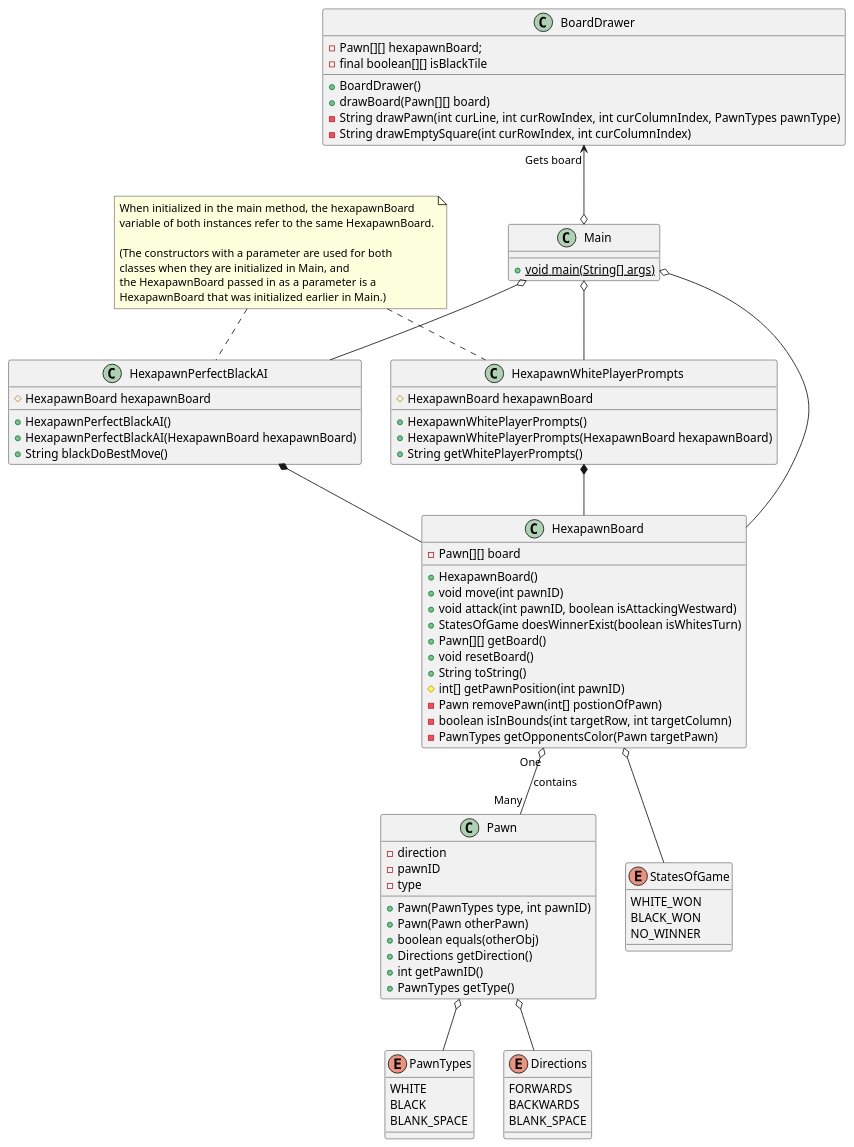
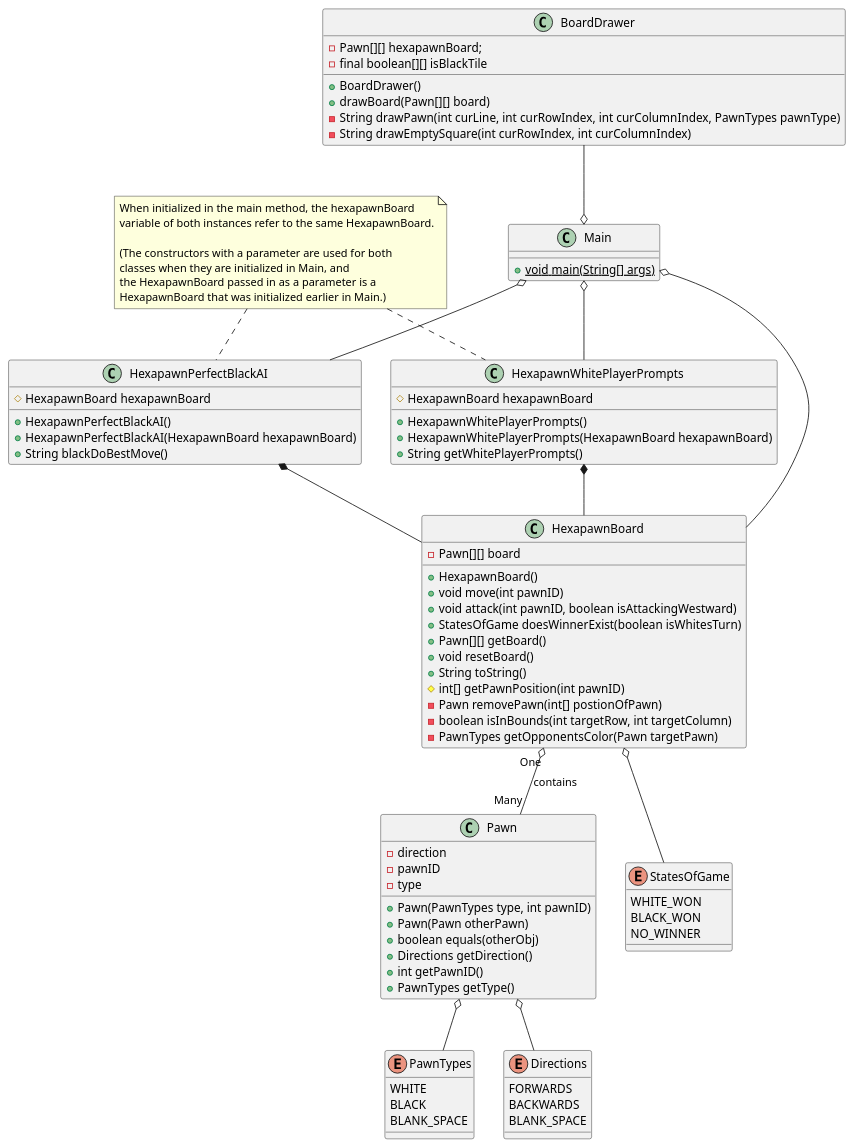
Before and after one commit to builderJP/hexapawn: the diagram in src/HexapawnClassDiagram.puml, drawn with PlantUML. The commit also changed 2 other files, not shown here.

```diff
--- a/src/HexapawnClassDiagram.puml
+++ b/src/HexapawnClassDiagram.puml
@@ -1,101 +1,101 @@
 @startuml
 'https://plantuml.com/class-diagram
 
 
 class Pawn{
     - direction
     - {field} pawnID
     - type
     + Pawn(PawnTypes type, int pawnID)
     + Pawn(Pawn otherPawn)
     + boolean equals(otherObj)
     + Directions getDirection()
     + int getPawnID()
     + PawnTypes getType()
 }
 
 class HexapawnBoard{
     - Pawn[][] board
     + HexapawnBoard()
     + void move(int pawnID)
     + void attack(int pawnID, boolean isAttackingWestward)
     + StatesOfGame doesWinnerExist(boolean isWhitesTurn)
     + Pawn[][] getBoard()
     + void resetBoard()
     + String toString()
     # int[] getPawnPosition(int pawnID)
     - Pawn removePawn(int[] postionOfPawn)
     - boolean isInBounds(int targetRow, int targetColumn)
     - PawnTypes getOpponentsColor(Pawn targetPawn)
 }
 
 class BoardDrawer{
     - Pawn[][] hexapawnBoard;
     - final boolean[][] isBlackTile
     + BoardDrawer()
     + drawBoard(Pawn[][] board)
     - String drawPawn(int curLine, int curRowIndex, int curColumnIndex, PawnTypes pawnType)
     - String drawEmptySquare(int curRowIndex, int curColumnIndex)
 }
 
 class HexapawnPerfectBlackAI{
     # HexapawnBoard hexapawnBoard
     + HexapawnPerfectBlackAI()
     + HexapawnPerfectBlackAI(HexapawnBoard hexapawnBoard)
     + String blackDoBestMove()
 }
 
 class HexapawnWhitePlayerPrompts{
     # HexapawnBoard hexapawnBoard
     + HexapawnWhitePlayerPrompts()
     + HexapawnWhitePlayerPrompts(HexapawnBoard hexapawnBoard)
     + String getWhitePlayerPrompts()
 }
 
 class Main{
     + void {static} main(String[] args)
 }
 
 enum PawnTypes{
     WHITE
     BLACK
     BLANK_SPACE
 }
 
 enum Directions{
     FORWARDS
     BACKWARDS
     BLANK_SPACE
 }
 
 enum StatesOfGame{
     WHITE_WON
     BLACK_WON
     NO_WINNER
 }
 
 Pawn o-- PawnTypes
 Pawn o-- Directions
 HexapawnBoard o-- StatesOfGame
-BoardDrawer "Gets board" <--o Main
+BoardDrawer --o Main
 HexapawnPerfectBlackAI *-- HexapawnBoard
 HexapawnWhitePlayerPrompts *-- HexapawnBoard
 Main o-- HexapawnWhitePlayerPrompts
 Main o-- HexapawnPerfectBlackAI
 Main o-- HexapawnBoard
 HexapawnBoard "One" o-- "Many" Pawn : contains
 
 note as getBoardFromMain
     When initialized in the main method, the hexapawnBoard
     variable of both instances refer to the same HexapawnBoard.
 
     (The constructors with a parameter are used for both
     classes when they are initialized in Main, and
     the HexapawnBoard passed in as a parameter is a
     HexapawnBoard that was initialized earlier in Main.)
 end note
 
 getBoardFromMain . HexapawnPerfectBlackAI
 getBoardFromMain .. HexapawnWhitePlayerPrompts
 
 @enduml
```
